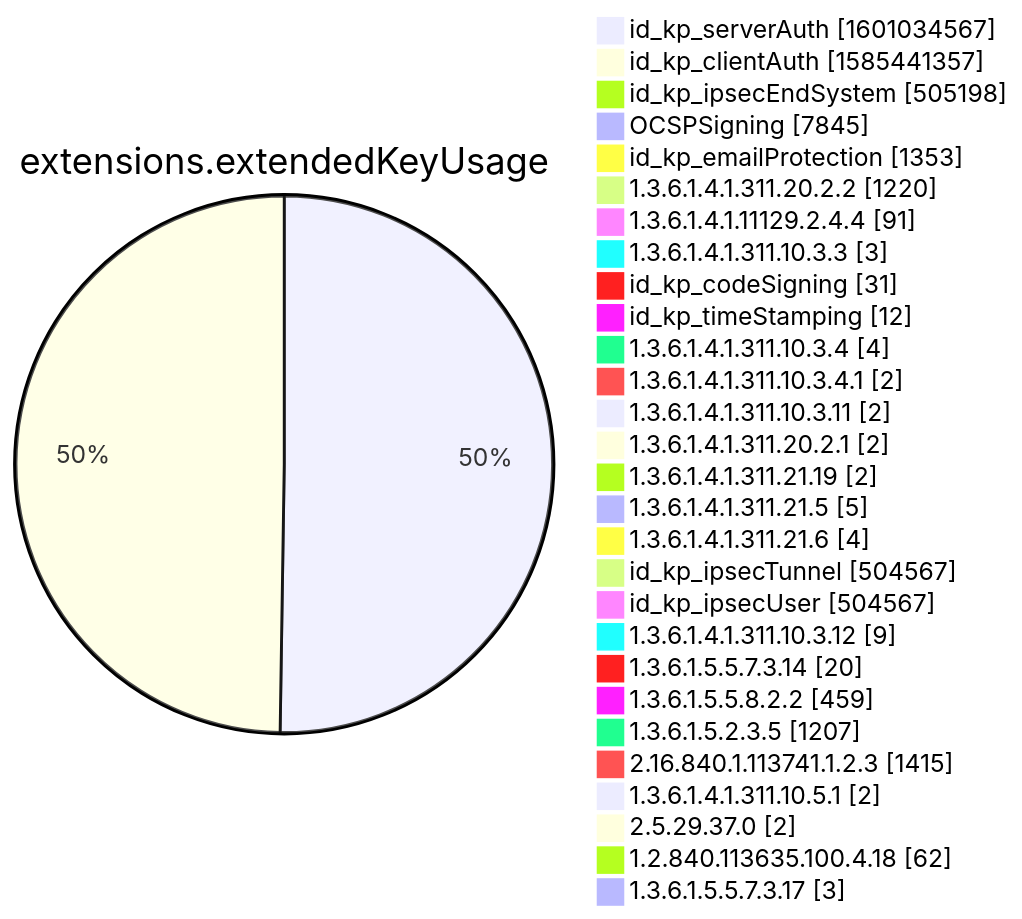
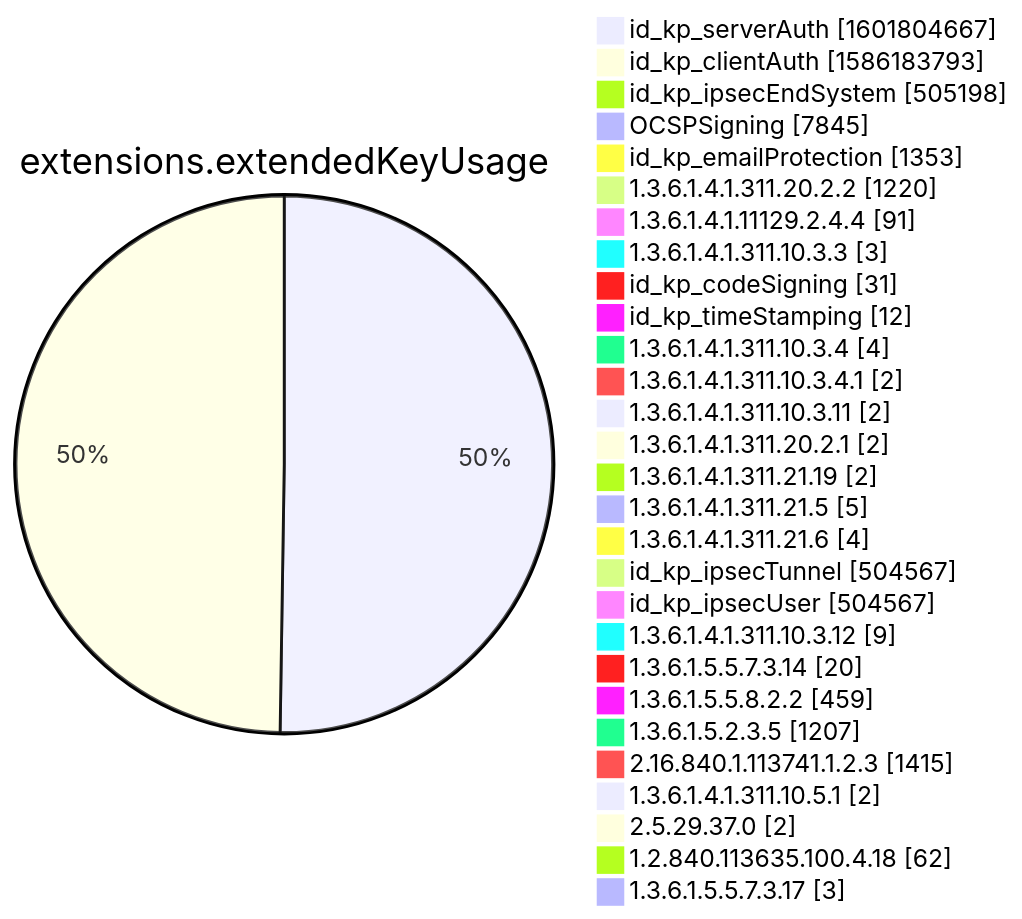
One commit to christiankrug/ctmonitor_visualization changed diagram 12 of 15 in xenon2022/README.md. Above: the diagram before and after it, drawn with Mermaid. The commit also changed other lines of this file, not shown here.

````diff
--- a/xenon2022/README.md
+++ b/xenon2022/README.md
@@ -3885,32 +3885,32 @@
 ```mermaid
 pie showData
 title extensions.extendedKeyUsage
-"id_kp_serverAuth" :1601034567
-"id_kp_clientAuth" :1585441357
+"id_kp_serverAuth" :1601804667
+"id_kp_clientAuth" :1586183793
 "id_kp_ipsecEndSystem" :505198
 "OCSPSigning" :7845
 "id_kp_emailProtection" :1353
 "1.3.6.1.4.1.311.20.2.2" :1220
 "1.3.6.1.4.1.11129.2.4.4" :91
 "1.3.6.1.4.1.311.10.3.3" :3
 "id_kp_codeSigning" :31
 "id_kp_timeStamping" :12
 "1.3.6.1.4.1.311.10.3.4" :4
 "1.3.6.1.4.1.311.10.3.4.1" :2
 "1.3.6.1.4.1.311.10.3.11" :2
 "1.3.6.1.4.1.311.20.2.1" :2
 "1.3.6.1.4.1.311.21.19" :2
 "1.3.6.1.4.1.311.21.5" :5
 "1.3.6.1.4.1.311.21.6" :4
 "id_kp_ipsecTunnel" :504567
 "id_kp_ipsecUser" :504567
 "1.3.6.1.4.1.311.10.3.12" :9
 "1.3.6.1.5.5.7.3.14" :20
 "1.3.6.1.5.5.8.2.2" :459
 "1.3.6.1.5.2.3.5" :1207
 "2.16.840.1.113741.1.2.3" :1415
 "1.3.6.1.4.1.311.10.5.1" :2
 "2.5.29.37.0" :2
 "1.2.840.113635.100.4.18" :62
 "1.3.6.1.5.5.7.3.17" :3
 ```
````
